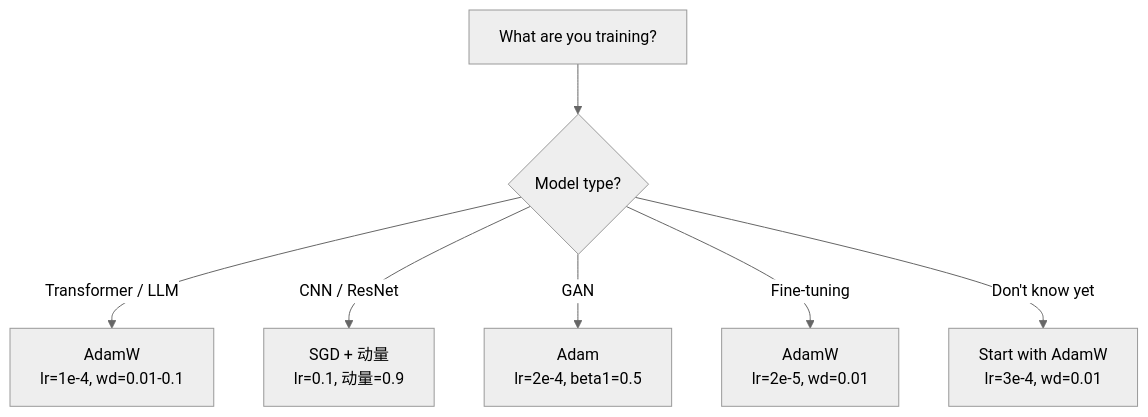
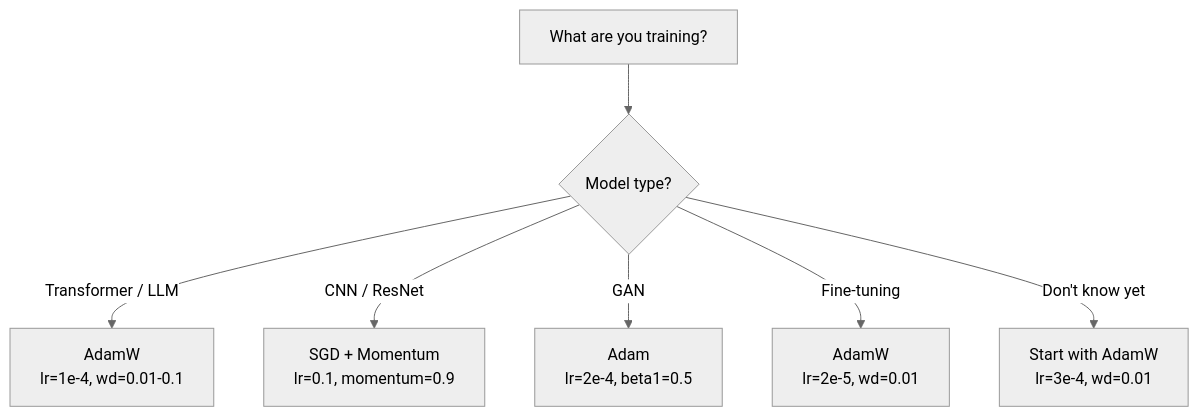
The third of 3 diagrams in phases/03-deep-learning-core/06-optimizers/docs/zh.md (arwei944/ai-engineering-from-scratch), drawn with Mermaid (neutral theme) before and after one commit. The commit also changed other lines of this file and 65 other files, not shown here.

````diff
--- a/phases/03-deep-learning-core/06-optimizers/docs/zh.md
+++ b/phases/03-deep-learning-core/06-optimizers/docs/zh.md
@@ -156,10 +156,10 @@
 ```mermaid
 flowchart TD
     Task["What are you training?"] --> Type{"Model type?"}
 
     Type -->|"Transformer / LLM"| AdamW["AdamW<br/>lr=1e-4, wd=0.01-0.1"]
-    Type -->|"CNN / ResNet"| SGD_M["SGD + 动量<br/>lr=0.1, 动量=0.9"]
+    Type -->|"CNN / ResNet"| SGD_M["SGD + Momentum<br/>lr=0.1, momentum=0.9"]
     Type -->|"GAN"| Adam2["Adam<br/>lr=2e-4, beta1=0.5"]
     Type -->|"Fine-tuning"| AdamW2["AdamW<br/>lr=2e-5, wd=0.01"]
     Type -->|"Don't know yet"| Default["Start with AdamW<br/>lr=3e-4, wd=0.01"]
 ```
````
